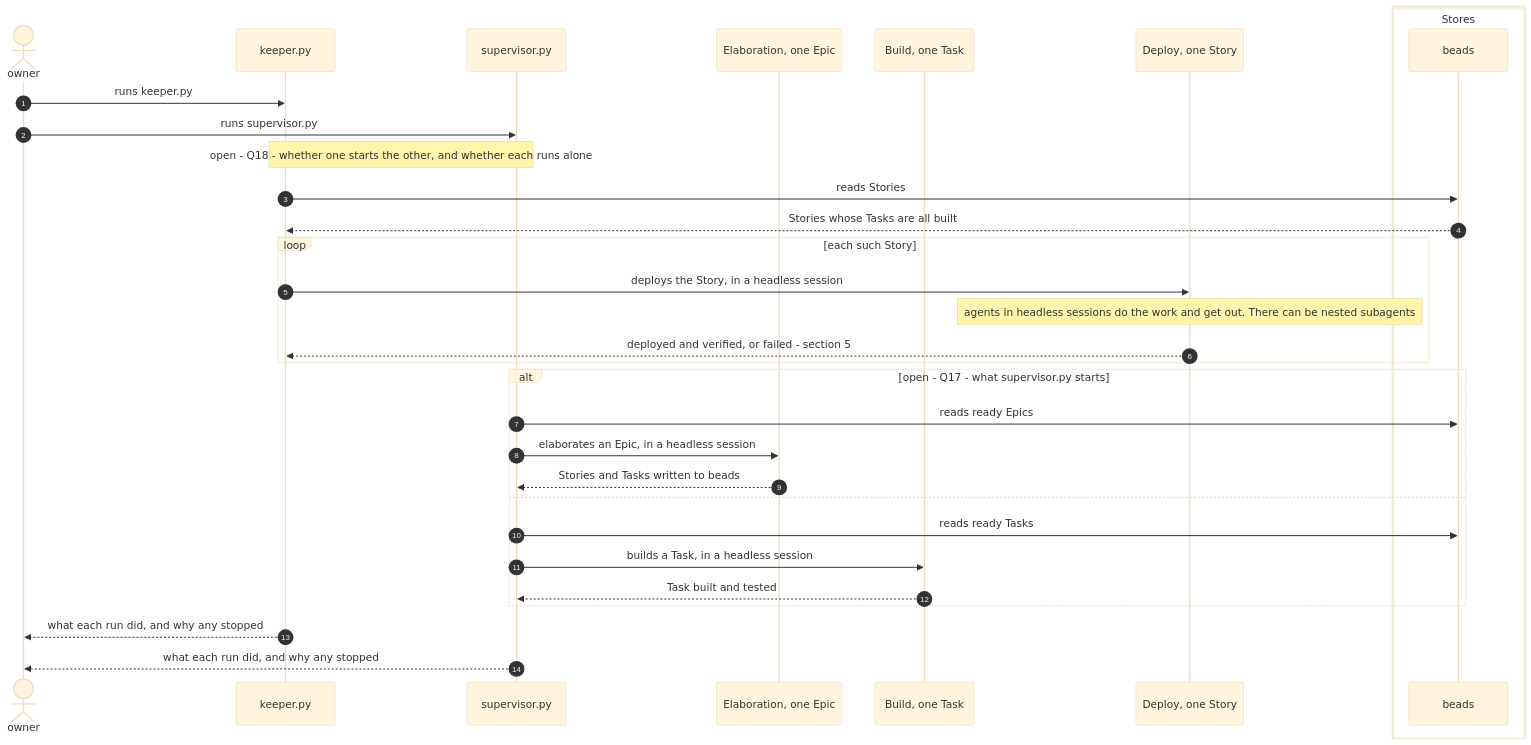
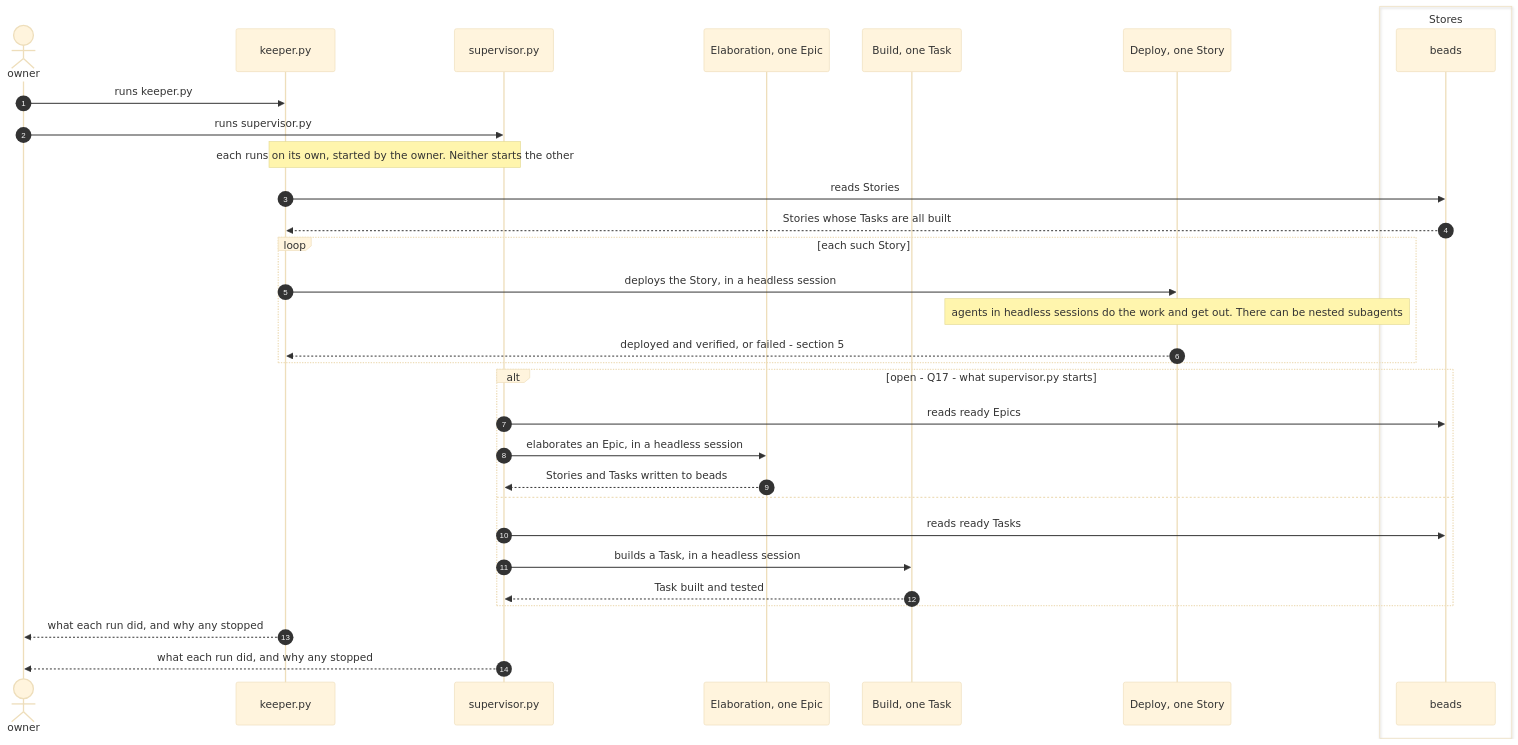
Before and after one commit to mark-satterfield/toolset: the first of 8 diagrams in plugins/agent-teams-workforce/blueprint/design/pipelines-driver.md, drawn with Mermaid (base theme). The commit also changed other lines of this file and 2 other files, not shown here.

First line of the commit message:
docs(blueprint): decide the driver, PRD and deploy questions that are not the owner's

````diff
--- a/plugins/agent-teams-workforce/blueprint/design/pipelines-driver.md
+++ b/plugins/agent-teams-workforce/blueprint/design/pipelines-driver.md
@@ -54,35 +55,35 @@
 ```mermaid
 sequenceDiagram
     autonumber
     actor O as owner
     participant K as keeper.py
     participant S as supervisor.py
     participant EL as Elaboration, one Epic
     participant BU as Build, one Task
     participant DE as Deploy, one Story
     box Stores
         participant BD as beads
     end
 
     O->>K: runs keeper.py
     O->>S: runs supervisor.py
-    Note over K,S: open - Q18 - whether one starts the other, and whether each runs alone
+    Note over K,S: each runs on its own, started by the owner. Neither starts the other
     K->>BD: reads Stories
     BD-->>K: Stories whose Tasks are all built
     loop each such Story
         K->>DE: deploys the Story, in a headless session
         Note over DE: agents in headless sessions do the work and get out. There can be nested subagents
         DE-->>K: deployed and verified, or failed - section 5
     end
     alt open - Q17 - what supervisor.py starts
         S->>BD: reads ready Epics
         S->>EL: elaborates an Epic, in a headless session
         EL-->>S: Stories and Tasks written to beads
     else
         S->>BD: reads ready Tasks
         S->>BU: builds a Task, in a headless session
         BU-->>S: Task built and tested
     end
     K-->>O: what each run did, and why any stopped
     S-->>O: what each run did, and why any stopped
 ```
````
